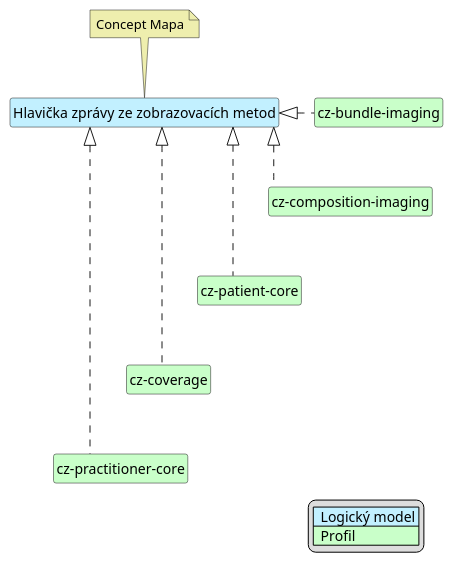
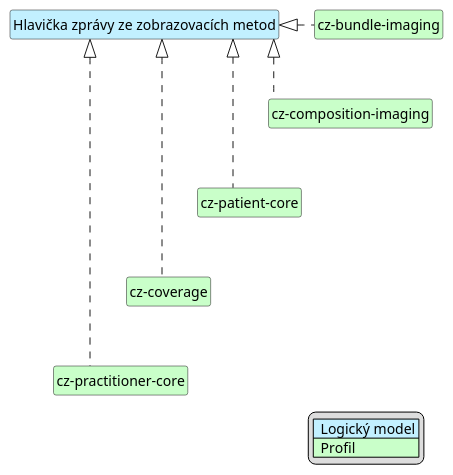
The diagram in input/images-source/imgReportHead-map-cs.plantuml (HL7-cz/img), drawn with PlantUML before and after one commit. The commit also changed 20 other files, not shown here.

Commit message:
delete concept maps and correction of diagnostic report according to change in eu standard

```diff
--- a/input/images-source/imgReportHead-map-cs.plantuml
+++ b/input/images-source/imgReportHead-map-cs.plantuml
@@ -1,36 +1,33 @@
 @startuml
 hide circle
 hide stereotype
 hide members
 hide methods
 skinparam linetype ortho
 skinparam class {
 BackgroundColor<<LogicalModel>> #APPLICATION
 BackgroundColor<<Profile>> #TECHNOLOGY
 }
 legend right
 | <#APPLICATION>  Logický model |
 | <#TECHNOLOGY>  Profil |
 endlegend
 class "Hlavička zprávy ze zobrazovacích metod" <<LogicalModel>> [[StructureDefinition-HeaderImagingReportCz.html]]
-note top #EEEEAE [[ConceptMap-HeaderImagingReport2FHIR-cz.html]]
-Concept Mapa
-endnote
 
 class "cz-coverage" <<Profile>> [[https://build.fhir.org/ig/HL7-cz/cz-core/StructureDefinition-cz-coverage.html]]
 class "cz-patient-core" <<Profile>> [[https://build.fhir.org/ig/HL7-cz/cz-core/StructureDefinition-cz-patient-core.html]]
 class "cz-practitioner-core" <<Profile>> [[https://build.fhir.org/ig/HL7-cz/cz-core/StructureDefinition-cz-practitioner-core.html]]
 class "cz-bundle-imaging" <<Profile>> [[StructureDefinition-cz-bundle-imaging.html]]
 class "cz-composition-imaging" <<Profile>> [[StructureDefinition-cz-composition-imaging.html]]
 
 "Hlavička zprávy ze zobrazovacích metod" <|. "cz-composition-imaging"
 "Hlavička zprávy ze zobrazovacích metod" <|. "cz-bundle-imaging"
 "Hlavička zprávy ze zobrazovacích metod" <|. "cz-patient-core"
 "Hlavička zprávy ze zobrazovacích metod" <|. "cz-coverage"
 "Hlavička zprávy ze zobrazovacích metod" <|. "cz-practitioner-core"
 
 "cz-bundle-imaging" -d[hidden]-> "cz-composition-imaging"
 "cz-composition-imaging" -d[hidden]-> "cz-patient-core"
 "cz-patient-core" -d[hidden]-> "cz-coverage"
 "cz-coverage" -d[hidden]-> "cz-practitioner-core"
 @enduml
```
